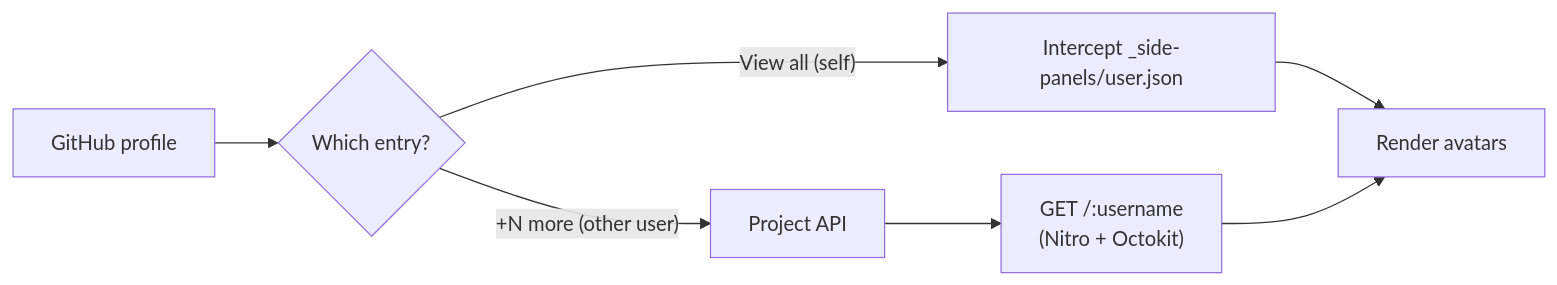
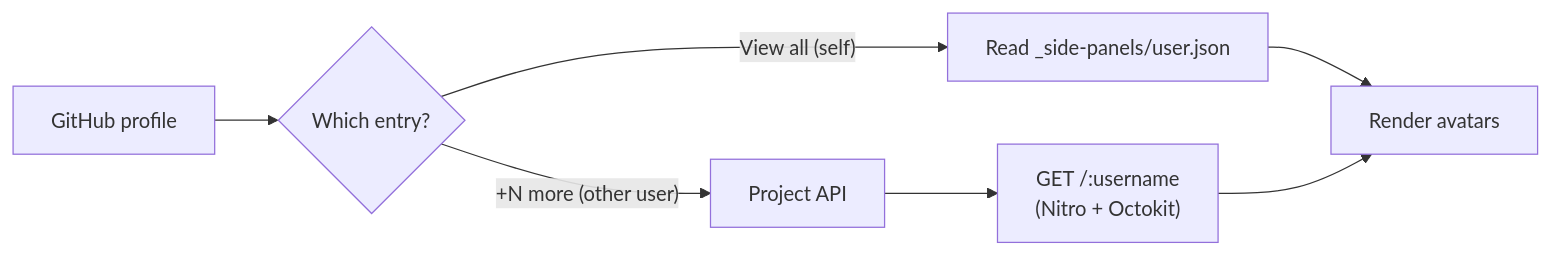
Before and after one commit to lonewolfyx/github-unlimited-orgs: the diagram in README.md, drawn with Mermaid. The commit also changed other lines of this file and 8 other files, not shown here.

````diff
--- a/README.md
+++ b/README.md
@@ -36,9 +36,9 @@
 ```mermaid
 flowchart LR
     A[GitHub profile] --> B{Which entry?}
-    B -->|"View all (self)"| C[Intercept _side-panels/user.json]
+    B -->|"View all (self)"| C[Read _side-panels/user.json]
     B -->|"+N more (other user)"| D[Project API]
     C --> E[Render avatars]
     D --> F["GET /:username<br/>(Nitro + Octokit)"]
     F --> E
 ```
````
